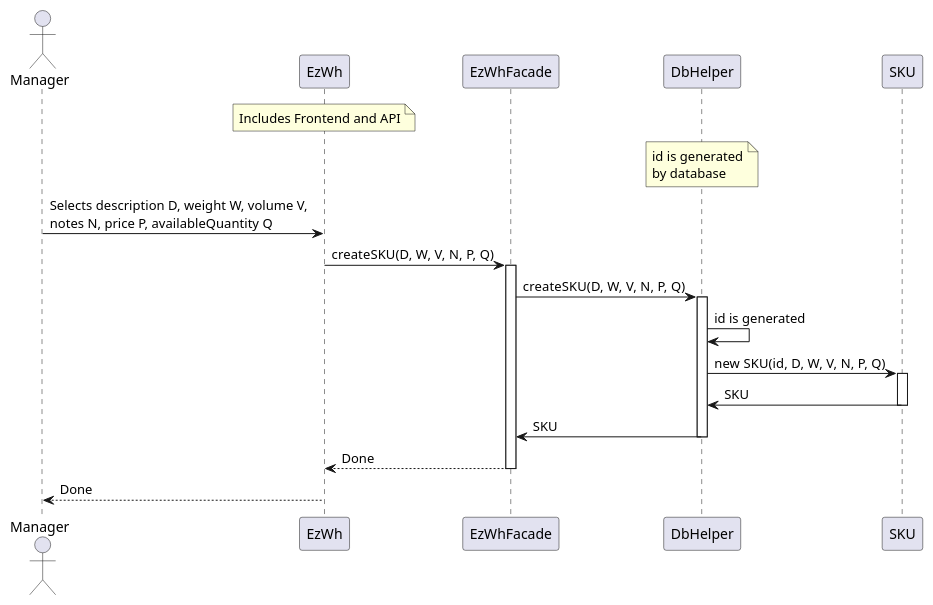
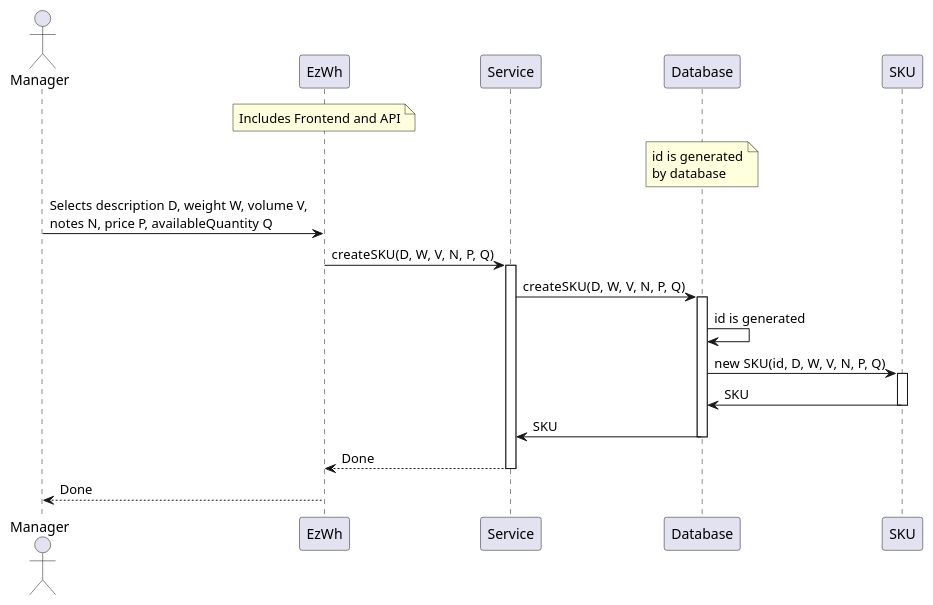
The second of 12 diagrams in DesignDocument.md (giuseppe-dandrea/EzWh), drawn with PlantUML before and after one commit. The commit also changed other lines of this file and 3 other files, not shown here.

````diff
--- a/DesignDocument.md
+++ b/DesignDocument.md
@@ -542,25 +535,25 @@
 ```plantuml
 actor Manager
 participant EzWh
 note over EzWh: Includes Frontend and API
-participant EzWhFacade
-participant DbHelper
-note over DbHelper: id is generated\nby database
+participant Service
+participant Database
+note over Database: id is generated\nby database
 participant SKU
 
 Manager -> EzWh: Selects description D, weight W, volume V,\nnotes N, price P, availableQuantity Q
-EzWh -> EzWhFacade: createSKU(D, W, V, N, P, Q)
-activate EzWhFacade
-EzWhFacade -> DbHelper: createSKU(D, W, V, N, P, Q)
-activate DbHelper
-DbHelper -> DbHelper : id is generated
-DbHelper -> SKU: new SKU(id, D, W, V, N, P, Q)
+EzWh -> Service: createSKU(D, W, V, N, P, Q)
+activate Service
+Service -> Database: createSKU(D, W, V, N, P, Q)
+activate Database
+Database -> Database : id is generated
+Database -> SKU: new SKU(id, D, W, V, N, P, Q)
 activate SKU
-SKU -> DbHelper: SKU
+SKU -> Database: SKU
 deactivate SKU
-DbHelper -> EzWhFacade : SKU
-deactivate DbHelper
-EzWhFacade --> EzWh : Done
-deactivate EzWhFacade
+Database -> Service : SKU
+deactivate Database
+Service --> EzWh : Done
+deactivate Service
 EzWh --> Manager : Done
 ```
````
